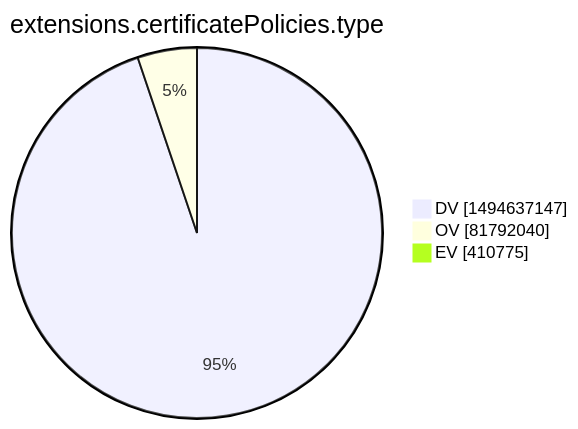
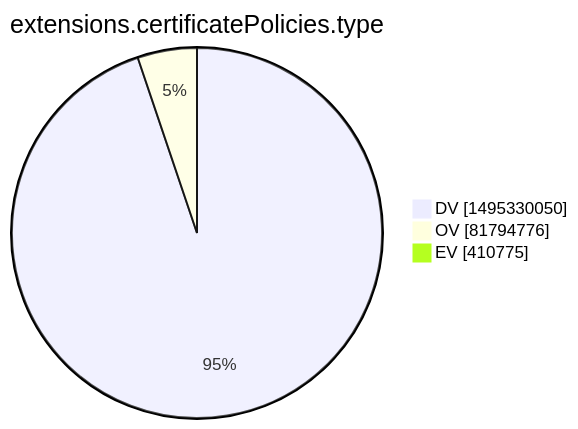
The tenth of 15 diagrams in xenon2022/README.md (christiankrug/ctmonitor_visualization), drawn with Mermaid before and after one commit. The commit also changed other lines of this file, not shown here.

````diff
--- a/xenon2022/README.md
+++ b/xenon2022/README.md
@@ -2874,7 +2874,7 @@
 ```mermaid
 pie showData
 title extensions.certificatePolicies.type
-"DV" :1494637147
-"OV" :81792040
+"DV" :1495330050
+"OV" :81794776
 "EV" :410775
 ```
````
